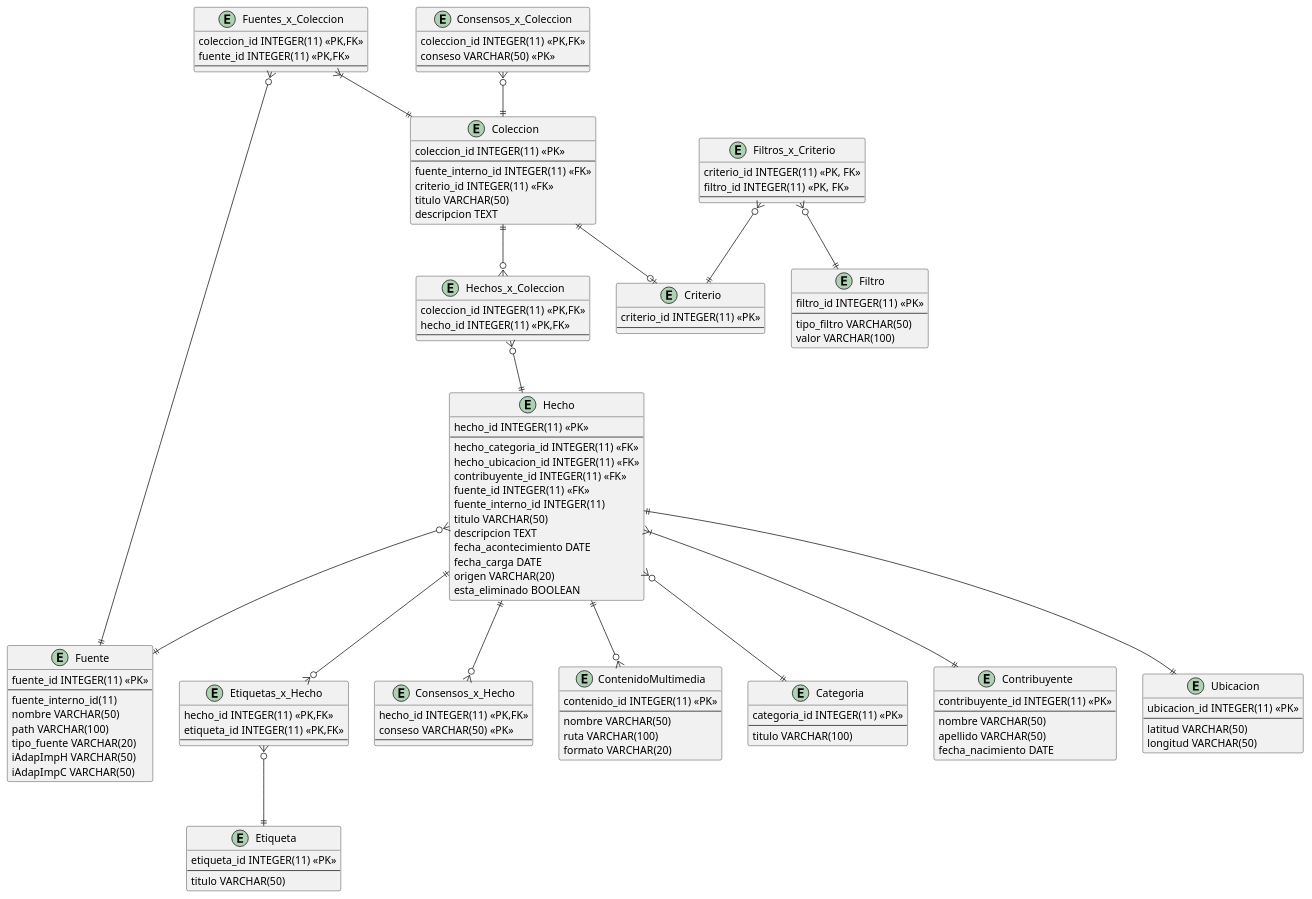
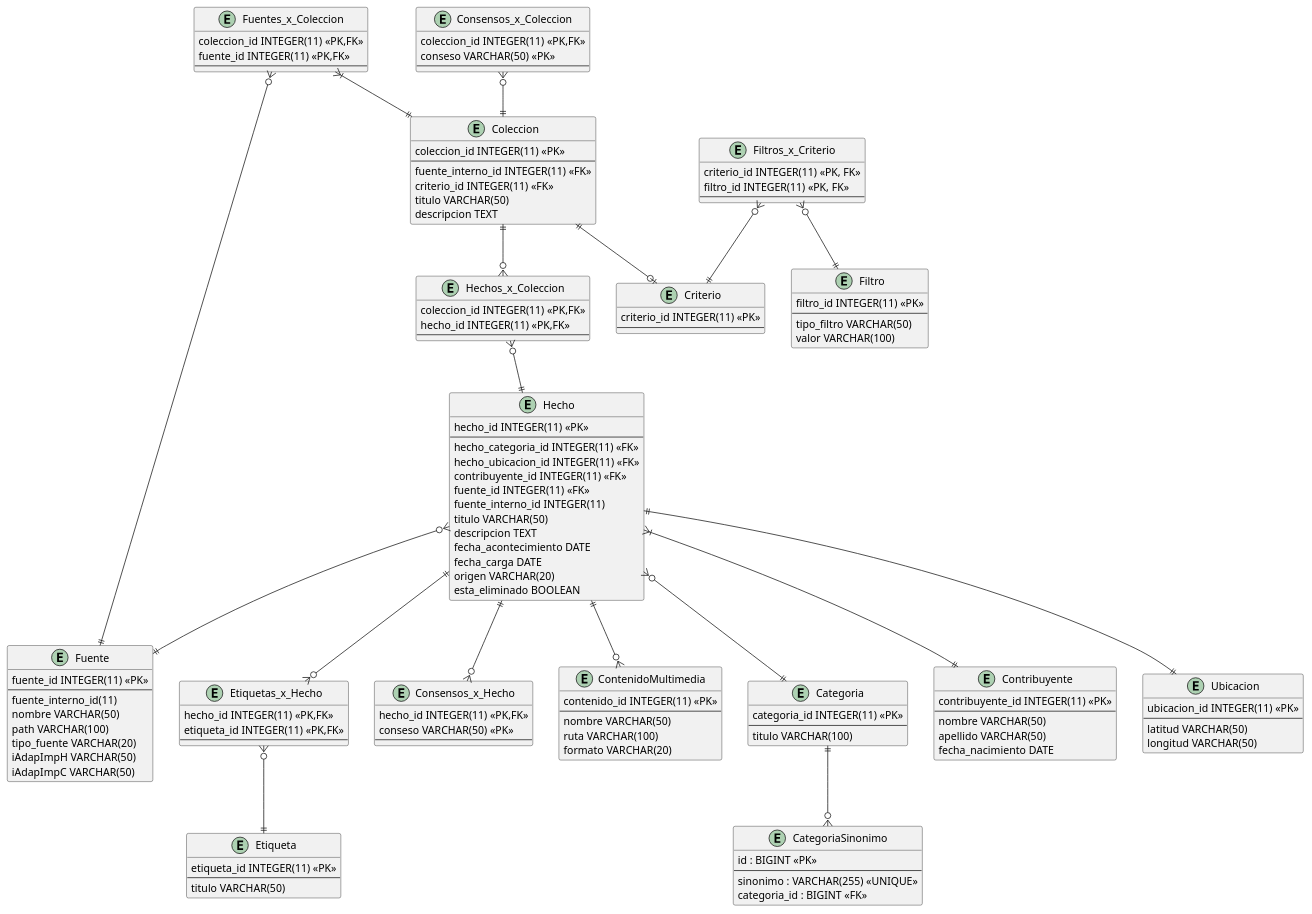
The diagram in public/E4/Agregador/DER.puml (BrunoRodriguezzz/tp-dsi), drawn with PlantUML before and after one commit.

Commit message:
Terminado el normalizador

```diff
--- a/public/E4/Agregador/DER.puml
+++ b/public/E4/Agregador/DER.puml
@@ -3,154 +3,163 @@
 @startuml
 
 entity Hecho {
   hecho_id INTEGER(11) <<PK>>
   --
   hecho_categoria_id INTEGER(11) <<FK>>
   hecho_ubicacion_id INTEGER(11) <<FK>>
   contribuyente_id INTEGER(11) <<FK>>
   fuente_id INTEGER(11) <<FK>>
   fuente_interno_id INTEGER(11)
   titulo VARCHAR(50)
   descripcion TEXT
   fecha_acontecimiento DATE
   fecha_carga DATE
   origen VARCHAR(20)
   esta_eliminado BOOLEAN
 }
 
 entity Etiquetas_x_Hecho {
   hecho_id INTEGER(11) <<PK,FK>>
   etiqueta_id INTEGER(11) <<PK,FK>>
   --
 }
 
 entity Consensos_x_Hecho {
   hecho_id INTEGER(11) <<PK,FK>>
   conseso VARCHAR(50) <<PK>>
   --
 }
 
 entity ContenidoMultimedia {
   contenido_id INTEGER(11) <<PK>>
   --
   'TODO: Implementar en el dominio
   nombre VARCHAR(50)
   ruta VARCHAR(100)
   formato VARCHAR(20)
 }
 
 entity Categoria {
   'TODO: Implementar en el dominio
   categoria_id INTEGER(11) <<PK>>
   --
   titulo VARCHAR(100)
 }
 
 entity Contribuyente {
     contribuyente_id INTEGER(11) <<PK>>
     --
     nombre VARCHAR(50)
     apellido VARCHAR(50)
     fecha_nacimiento DATE
 }
 
 entity Ubicacion {
     ubicacion_id INTEGER(11) <<PK>>
     --
     latitud VARCHAR(50)
     longitud VARCHAR(50)
 }
 
 entity Fuente {
     fuente_id INTEGER(11) <<PK>>
     --
     fuente_interno_id(11)
     nombre VARCHAR(50)
     path VARCHAR(100)
     tipo_fuente VARCHAR(20)
     'TODO Hacer el converter
     iAdapImpH VARCHAR(50)
     'TODO Hacer el converter
     iAdapImpC VARCHAR(50)
 }
 
 entity Etiqueta {
     'TODO: Implementar en el dominio
     etiqueta_id INTEGER(11) <<PK>>
     --
     titulo VARCHAR(50)
 }
 
 entity Coleccion {
     coleccion_id INTEGER(11) <<PK>>
     --
     fuente_interno_id INTEGER(11) <<FK>>
     'TODO
     criterio_id INTEGER(11) <<FK>>
     titulo VARCHAR(50)
     descripcion TEXT
 }
 
 entity Hechos_x_Coleccion {
     coleccion_id INTEGER(11) <<PK,FK>>
     hecho_id INTEGER(11) <<PK,FK>>
     --
 }
 
 entity Fuentes_x_Coleccion {
     coleccion_id INTEGER(11) <<PK,FK>>
     fuente_id INTEGER(11) <<PK,FK>>
     --
 }
 
 entity Consensos_x_Coleccion {
     coleccion_id INTEGER(11) <<PK,FK>>
     conseso VARCHAR(50) <<PK>>
     --
 }
 
 entity Criterio {
     criterio_id INTEGER(11) <<PK>>
     --
 }
 
 entity Filtros_x_Criterio {
     criterio_id INTEGER(11) <<PK, FK>>
     filtro_id INTEGER(11) <<PK, FK>>
     --
 }
 
 entity Filtro {
     filtro_id INTEGER(11) <<PK>>
     --
     tipo_filtro VARCHAR(50)
     valor VARCHAR(100)
 }
 
+entity "CategoriaSinonimo" {
+  id : BIGINT <<PK>>
+  --
+  sinonimo : VARCHAR(255) <<UNIQUE>>
+  categoria_id : BIGINT <<FK>>
+}
+
+Categoria ||--o{ CategoriaSinonimo
+
 'RELACIONES
 Hecho ||--o{ Etiquetas_x_Hecho
 Hecho ||--o{ Consensos_x_Hecho
 Hecho ||--o{ ContenidoMultimedia
 Hecho ||--|| Ubicacion
 Hecho }|--|| Contribuyente
 Hecho }o--|| Fuente
 Hecho }o--|| Categoria
 
 Etiquetas_x_Hecho }o--|| Etiqueta
 
 Fuentes_x_Coleccion }o--|| Fuente
 Fuentes_x_Coleccion }|--|| Coleccion
 
 Hechos_x_Coleccion }o--|| Hecho
 
 Coleccion ||--o{ Hechos_x_Coleccion
 
 Consensos_x_Coleccion }o--|| Coleccion
 
 
 Coleccion ||--o| Criterio
 
 Filtros_x_Criterio }o--|| Criterio
 Filtros_x_Criterio }o--|| Filtro
 
 @enduml
```
